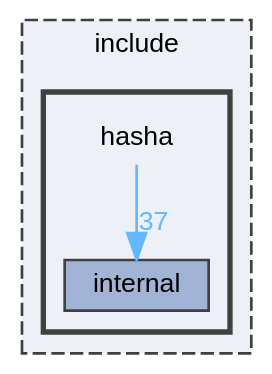
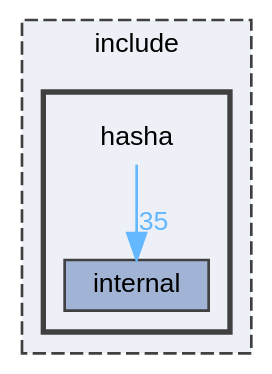
One commit to reslaid32/hasha changed the diagram in docs/dir_a4a1bd6a6f47eff74681f752ad8bc128_dep.dot. Above: the diagram before and after it, drawn with Graphviz. The commit also changed 84 other files, not shown here.

```diff
--- a/docs/dir_a4a1bd6a6f47eff74681f752ad8bc128_dep.dot
+++ b/docs/dir_a4a1bd6a6f47eff74681f752ad8bc128_dep.dot
@@ -1,17 +1,17 @@
 digraph "include/hasha"
 {
  // LATEX_PDF_SIZE
   bgcolor="transparent";
   edge [fontname=Helvetica,fontsize=10,labelfontname=Helvetica,labelfontsize=10];
   node [fontname=Helvetica,fontsize=10,shape=box,height=0.2,width=0.4];
   compound=true
   subgraph clusterdir_d44c64559bbebec7f509842c48db8b23 {
     graph [ bgcolor="#edf0f7", pencolor="grey25", label="include", fontname=Helvetica,fontsize=10 style="filled,dashed", URL="dir_d44c64559bbebec7f509842c48db8b23.html",tooltip=""]
   subgraph clusterdir_a4a1bd6a6f47eff74681f752ad8bc128 {
     graph [ bgcolor="#edf0f7", pencolor="grey25", label="", fontname=Helvetica,fontsize=10 style="filled,bold", URL="dir_a4a1bd6a6f47eff74681f752ad8bc128.html",tooltip=""]
     dir_a4a1bd6a6f47eff74681f752ad8bc128 [shape=plaintext, label="hasha"];
   dir_85f9138f07c20f37adf55a1b4ce19dcc [label="internal", fillcolor="#a2b4d6", color="grey25", style="filled", URL="dir_85f9138f07c20f37adf55a1b4ce19dcc.html",tooltip=""];
   }
   }
-  dir_a4a1bd6a6f47eff74681f752ad8bc128->dir_85f9138f07c20f37adf55a1b4ce19dcc [headlabel="37", labeldistance=1.5 headhref="dir_000000_000002.html" href="dir_000000_000002.html" color="steelblue1" fontcolor="steelblue1"];
+  dir_a4a1bd6a6f47eff74681f752ad8bc128->dir_85f9138f07c20f37adf55a1b4ce19dcc [headlabel="35", labeldistance=1.5 headhref="dir_000000_000002.html" href="dir_000000_000002.html" color="steelblue1" fontcolor="steelblue1"];
 }
```
